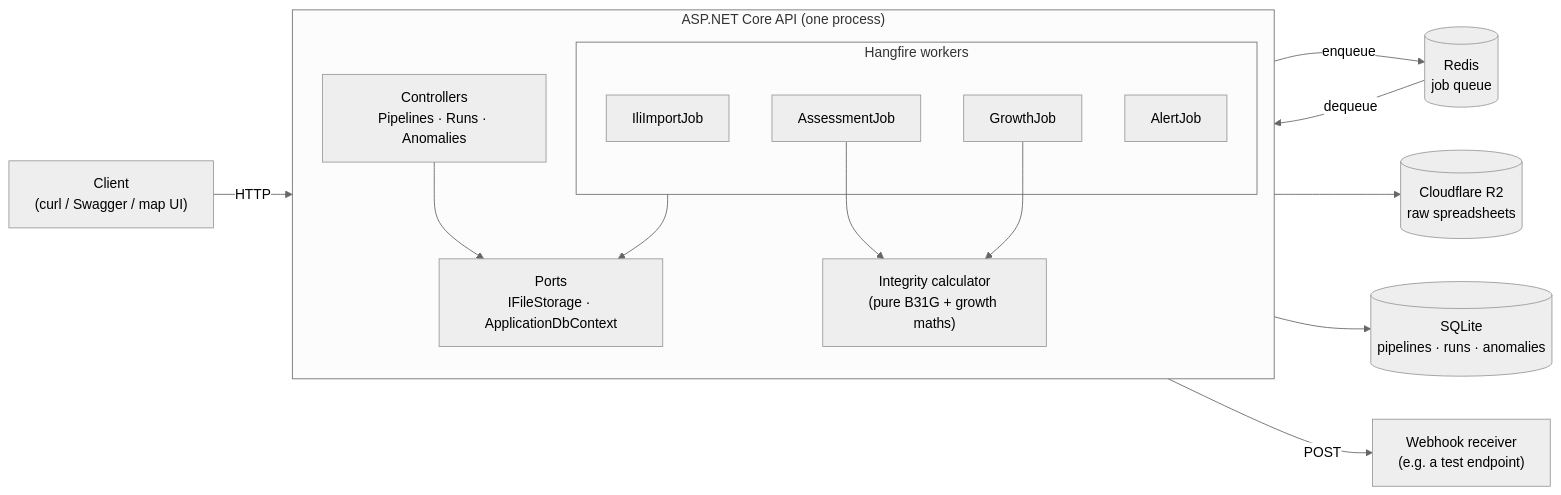
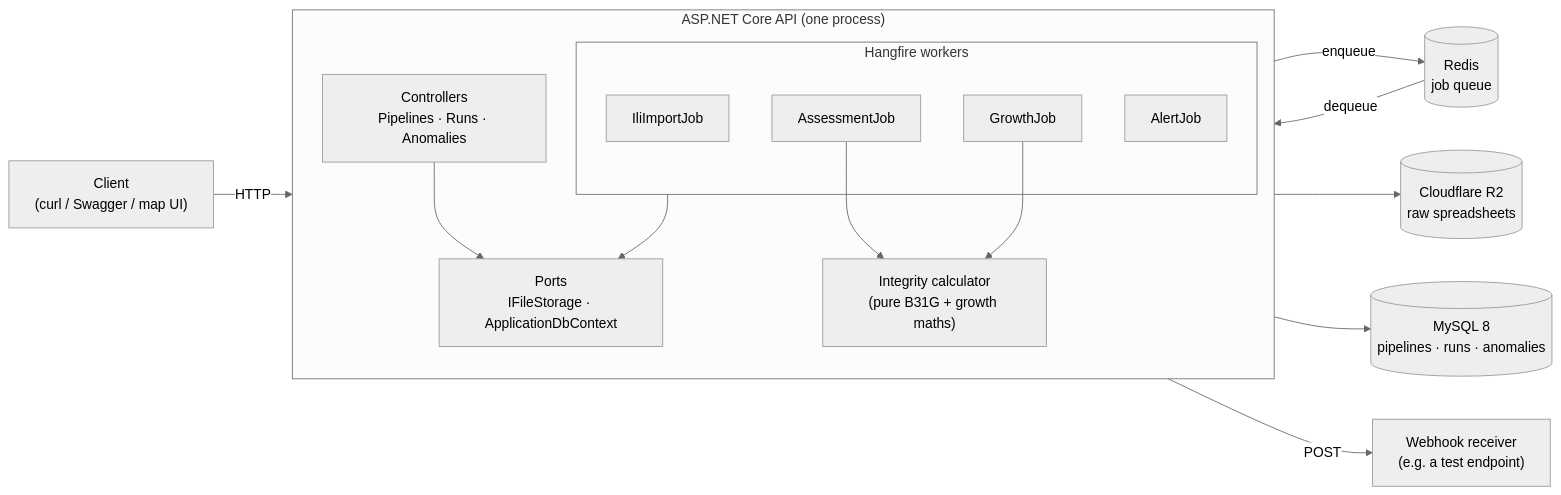
The second of 6 diagrams in ROADMAP.md (PlashSpeed-Aiman/stondy-gorup), drawn with Mermaid (neutral theme) before and after one commit. The commit also changed other lines of this file, not shown here.

First line of the commit message:
Use MySQL Testcontainers for integration tests and add debugging guide

````diff
--- a/ROADMAP.md
+++ b/ROADMAP.md
@@ -170,33 +170,33 @@
 ```mermaid
 flowchart LR
     Client["Client<br/>(curl / Swagger / map UI)"]
 
     subgraph API["ASP.NET Core API (one process)"]
         direction TB
         Controllers["Controllers<br/>Pipelines · Runs · Anomalies"]
         subgraph Jobs["Hangfire workers"]
             Import["IliImportJob"]
             Assess["AssessmentJob"]
             Growth["GrowthJob"]
             Alert["AlertJob"]
         end
         Calc["Integrity calculator<br/>(pure B31G + growth maths)"]
         Ports["Ports<br/>IFileStorage · ApplicationDbContext"]
     end
 
     R2[("Cloudflare R2<br/>raw spreadsheets")]
     Redis[("Redis<br/>job queue")]
-    DB[("SQLite<br/>pipelines · runs · anomalies")]
+    DB[("MySQL 8<br/>pipelines · runs · anomalies")]
     Hook["Webhook receiver<br/>(e.g. a test endpoint)"]
 
     Client -->|HTTP| Controllers
     Controllers --> Ports
     Controllers -->|enqueue| Redis
     Redis -->|dequeue| Jobs
     Assess --> Calc
     Growth --> Calc
     Jobs --> Ports
     Ports --> R2
     Ports --> DB
     Alert -->|POST| Hook
 ```
````
